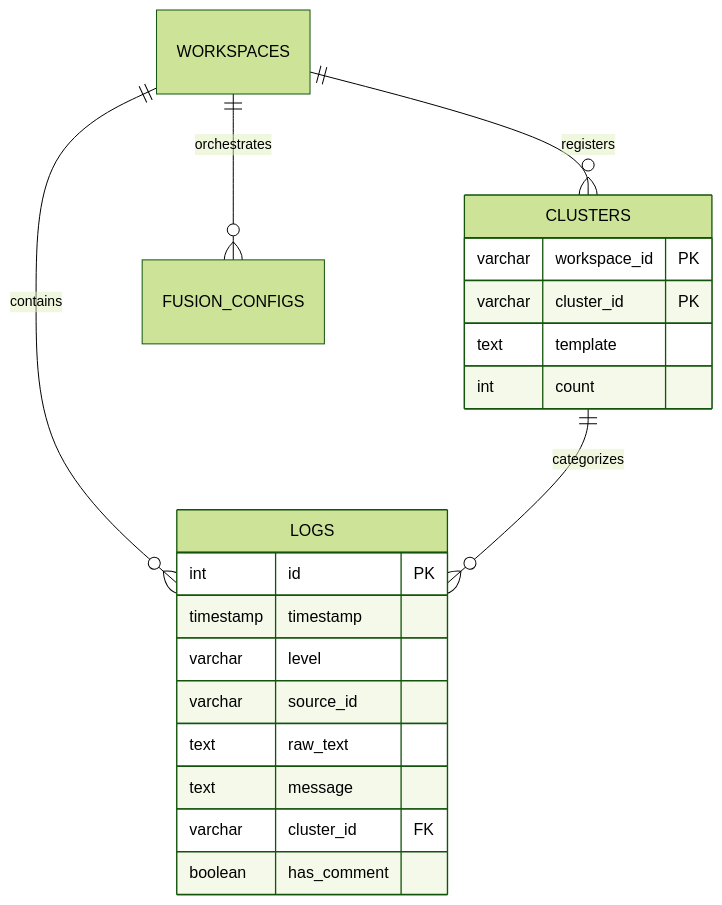
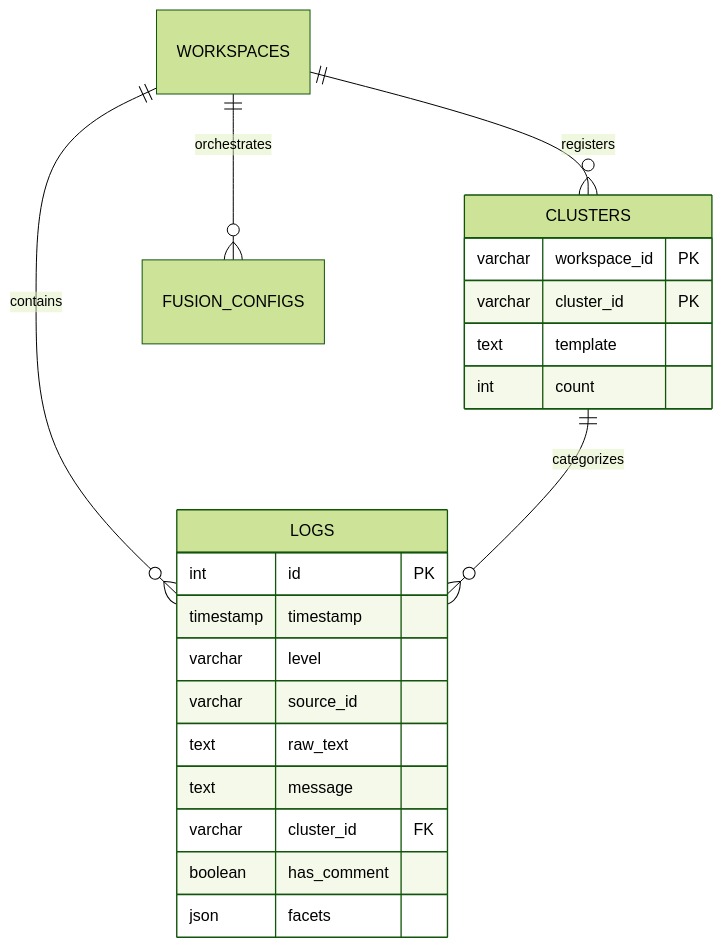
The diagram in docs/architecture/layers/backend.md (serguei9090/LogLensAi), drawn with Mermaid (forest theme) before and after one commit. The commit also changed other lines of this file and 86 other files, not shown here.

````diff
--- a/docs/architecture/layers/backend.md
+++ b/docs/architecture/layers/backend.md
@@ -60,25 +62,26 @@
 ```mermaid
 erDiagram
   WORKSPACES ||--o{ LOGS : contains
   WORKSPACES ||--o{ CLUSTERS : registers
   WORKSPACES ||--o{ FUSION_CONFIGS : orchestrates
   CLUSTERS ||--o{ LOGS : categorizes
   
   LOGS {
     int id PK
     timestamp timestamp
     varchar level
     varchar source_id
     text raw_text
     text message
     varchar cluster_id FK
     boolean has_comment
+    json facets
   }
   
   CLUSTERS {
     varchar workspace_id PK
     varchar cluster_id PK
     text template
     int count
   }
 ```
````
